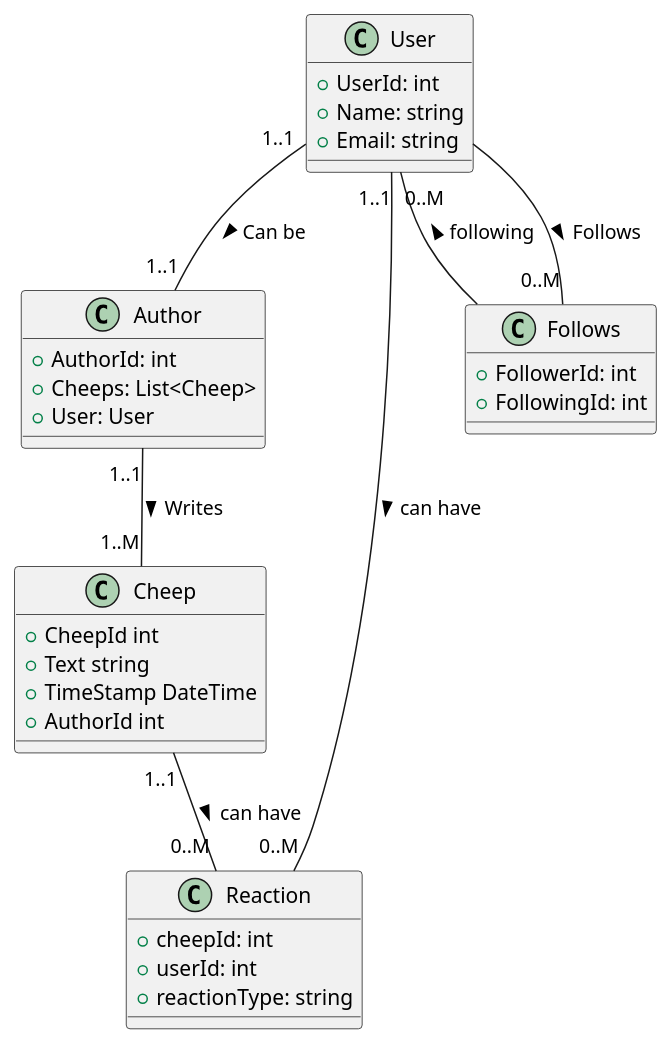
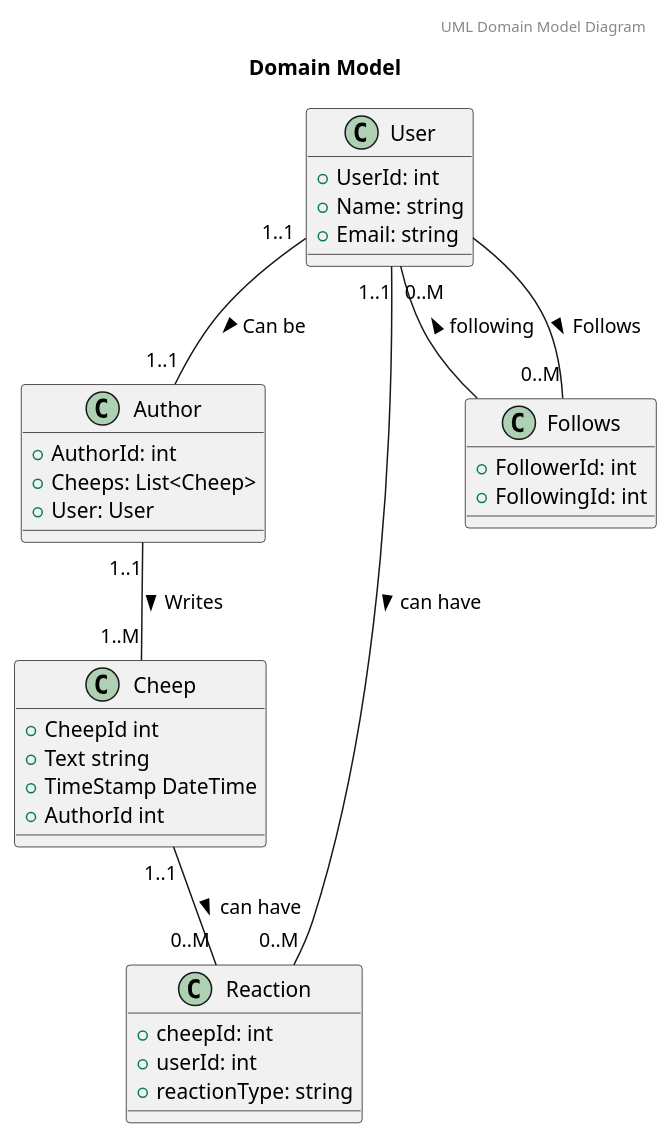
The diagram in docs/report_diagrams/UML_domain_model/domain_model_UML.puml (ITU-BDSA23-GROUP10/Chirp), drawn with PlantUML before and after one commit. The commit also changed 2 other files, not shown here.

```diff
--- a/docs/report_diagrams/UML_domain_model/domain_model_UML.puml
+++ b/docs/report_diagrams/UML_domain_model/domain_model_UML.puml
@@ -1,40 +1,42 @@
 @startuml
+header UML Domain Model Diagram
+title Domain Model
 
 class Cheep {
     +CheepId int
     +Text string
     +TimeStamp DateTime
     +AuthorId int
 }
 
 class User {
   +UserId: int
   +Name: string
   +Email: string
 }
 
 class Author {
   +AuthorId: int
   +Cheeps: List<Cheep>
   +User: User
 }
 
 class Reaction {
   +cheepId: int
   +userId: int
   +reactionType: string
 }
 
 class Follows {
   +FollowerId: int
   +FollowingId: int
 }
 
 User "1..1" -- "1..1" Author :  Can be >
 Author "1..1" -- "1..M" Cheep : Writes >
 User "1..1" -- "0..M" Reaction : can have >
 Cheep "1..1" -- "0..M" Reaction : can have >
 User "0..M" -- Follows : following <
 User  -- "0..M" Follows : Follows >
 
 @enduml
```
